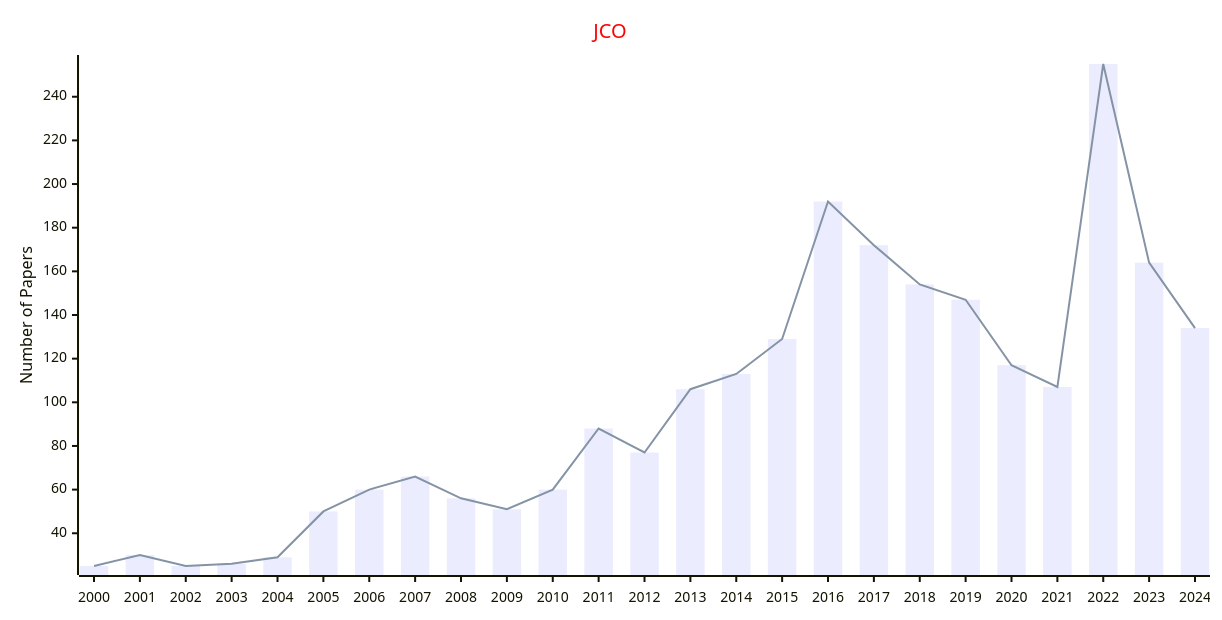
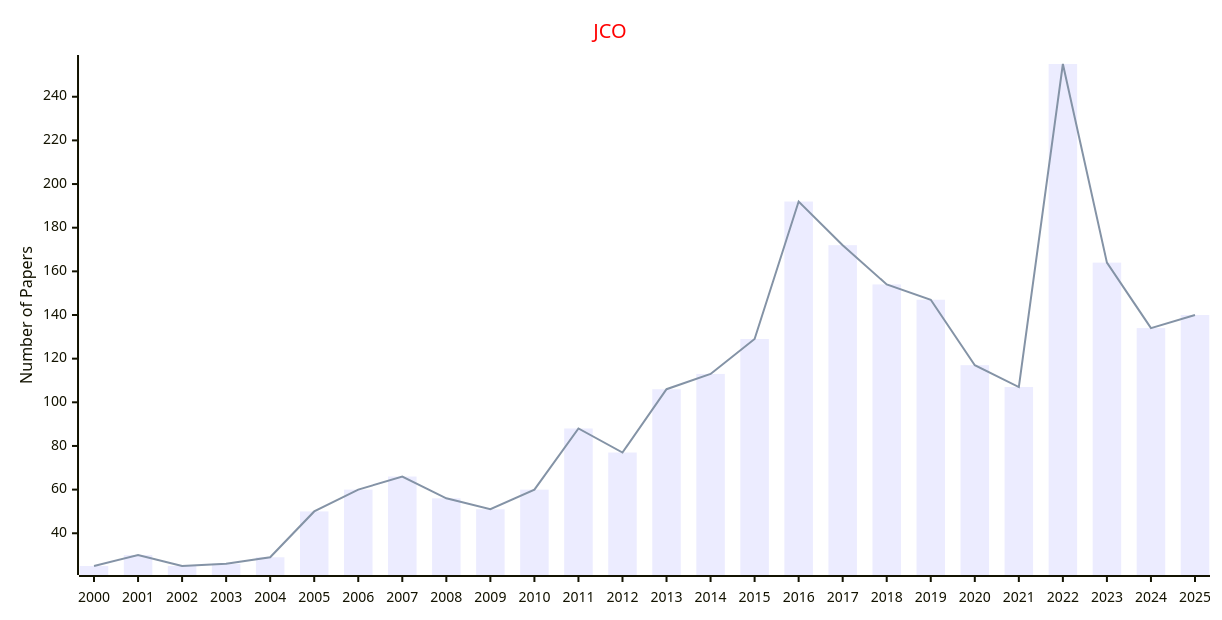
One commit to Easy-PhD/AILinks changed the diagram in docs/data/Journals/Statistics_Journals/Combinatorial_Optimization.md. Above: the diagram before and after it, drawn with Mermaid. The commit also changed 107 other files, not shown here.

````diff
--- a/docs/data/Journals/Statistics_Journals/Combinatorial_Optimization.md
+++ b/docs/data/Journals/Statistics_Journals/Combinatorial_Optimization.md
@@ -9,17 +9,17 @@
 ```mermaid
 ---
 config:
     xyChart:
         width: 1200
         height: 600
     themeVariables:
         xyChart:
             titleColor: "#ff0000"
 ---
 xychart-beta
     title "JCO"
-    x-axis [2000, 2001, 2002, 2003, 2004, 2005, 2006, 2007, 2008, 2009, 2010, 2011, 2012, 2013, 2014, 2015, 2016, 2017, 2018, 2019, 2020, 2021, 2022, 2023, 2024]
+    x-axis [2000, 2001, 2002, 2003, 2004, 2005, 2006, 2007, 2008, 2009, 2010, 2011, 2012, 2013, 2014, 2015, 2016, 2017, 2018, 2019, 2020, 2021, 2022, 2023, 2024, 2025]
     y-axis "Number of Papers"
-    bar [25, 30, 25, 26, 29, 50, 60, 66, 56, 51, 60, 88, 77, 106, 113, 129, 192, 172, 154, 147, 117, 107, 255, 164, 134]
-    line [25, 30, 25, 26, 29, 50, 60, 66, 56, 51, 60, 88, 77, 106, 113, 129, 192, 172, 154, 147, 117, 107, 255, 164, 134]
+    bar [25, 30, 25, 26, 29, 50, 60, 66, 56, 51, 60, 88, 77, 106, 113, 129, 192, 172, 154, 147, 117, 107, 255, 164, 134, 140]
+    line [25, 30, 25, 26, 29, 50, 60, 66, 56, 51, 60, 88, 77, 106, 113, 129, 192, 172, 154, 147, 117, 107, 255, 164, 134, 140]
 ```
````
